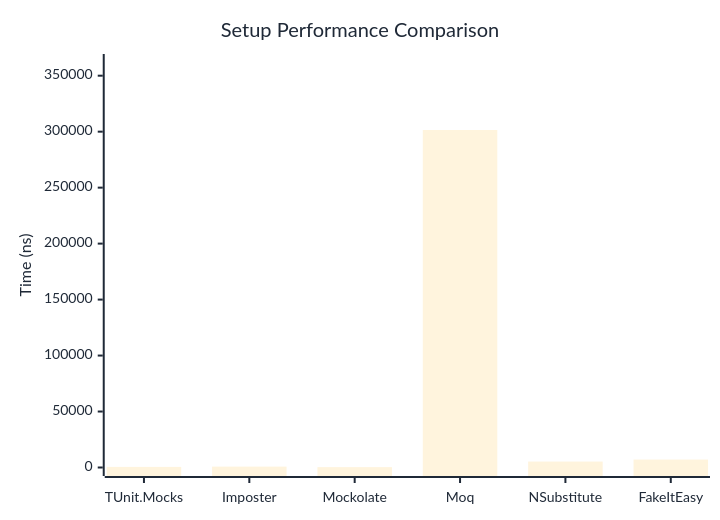
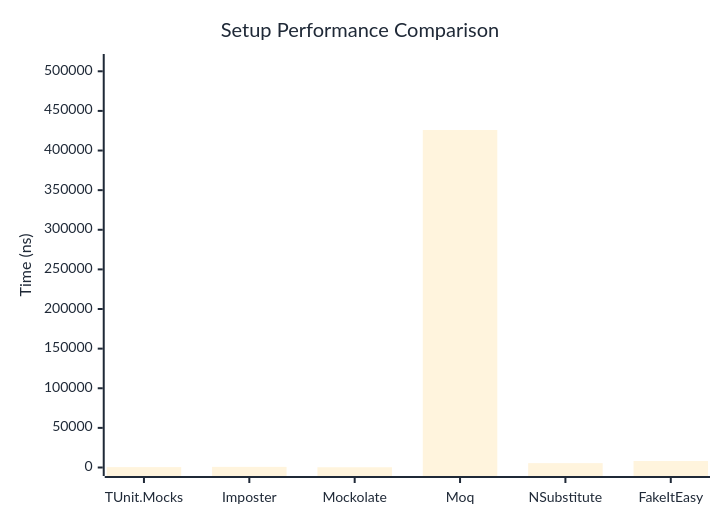
Before and after one commit to thomhurst/TUnit: the first of 2 diagrams in docs/docs/benchmarks/mocks/Setup.md, drawn with Mermaid. The commit also changed other lines of this file and 14 other files, not shown here.

````diff
--- a/docs/docs/benchmarks/mocks/Setup.md
+++ b/docs/docs/benchmarks/mocks/Setup.md
@@ -30,27 +30,27 @@
 ```mermaid
 %%{init: {
   'theme':'base',
   'themeVariables': {
     'primaryColor': '#2563eb',
     'primaryTextColor': '#1f2937',
     'primaryBorderColor': '#1e40af',
     'lineColor': '#6b7280',
     'secondaryColor': '#7c3aed',
     'tertiaryColor': '#dc2626',
     'background': '#ffffff',
     'pie1': '#2563eb',
     'pie2': '#7c3aed',
     'pie3': '#dc2626',
     'pie4': '#f59e0b',
     'pie5': '#10b981',
     'pie6': '#06b6d4',
     'pie7': '#ec4899',
     'pie8': '#6366f1'
   }
 }}%%
 xychart-beta
   title "Setup Performance Comparison"
   x-axis ["TUnit.Mocks", "Imposter", "Mockolate", "Moq", "NSubstitute", "FakeItEasy"]
-  y-axis "Time (ns)" 0 --> 361786
-  bar [542.2, 777.7, 328.5, 301488.3, 5315.1, 7089.2]
+  y-axis "Time (ns)" 0 --> 511093
+  bar [504.8, 782.8, 303.7, 425910.1, 5516.3, 8228.6]
 ```
````
